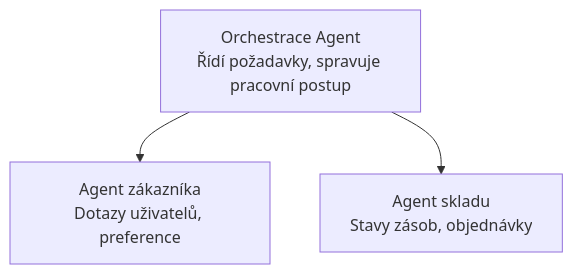
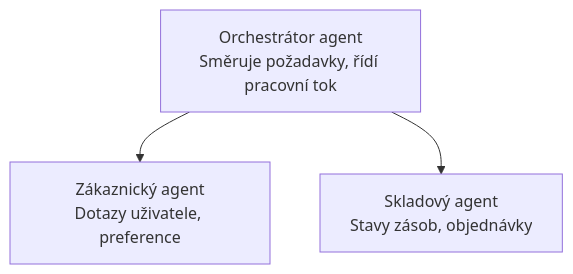
The diagram in translations/cs/docs/chapter-05-multi-agent/README.md (microsoft/AZD-for-beginners), drawn with Mermaid before and after one commit. The commit also changed other lines of this file and 104 other files, not shown here.

````diff
--- a/translations/cs/docs/chapter-05-multi-agent/README.md
+++ b/translations/cs/docs/chapter-05-multi-agent/README.md
@@ -52,5 +54,5 @@
 ```mermaid
 graph TD
-    Orchestrator[Orchestrace Agent<br/>Řídí požadavky, spravuje pracovní postup] --> Customer[Agent zákazníka<br/>Dotazy uživatelů, preference]
-    Orchestrator --> Inventory[Agent skladu<br/>Stavy zásob, objednávky]
+    Orchestrator[Orchestrátor agent<br/>Směruje požadavky, řídí pracovní tok] --> Customer[Zákaznický agent<br/>Dotazy uživatele, preference]
+    Orchestrator --> Inventory[Skladový agent<br/>Stavy zásob, objednávky]
 ```
````
